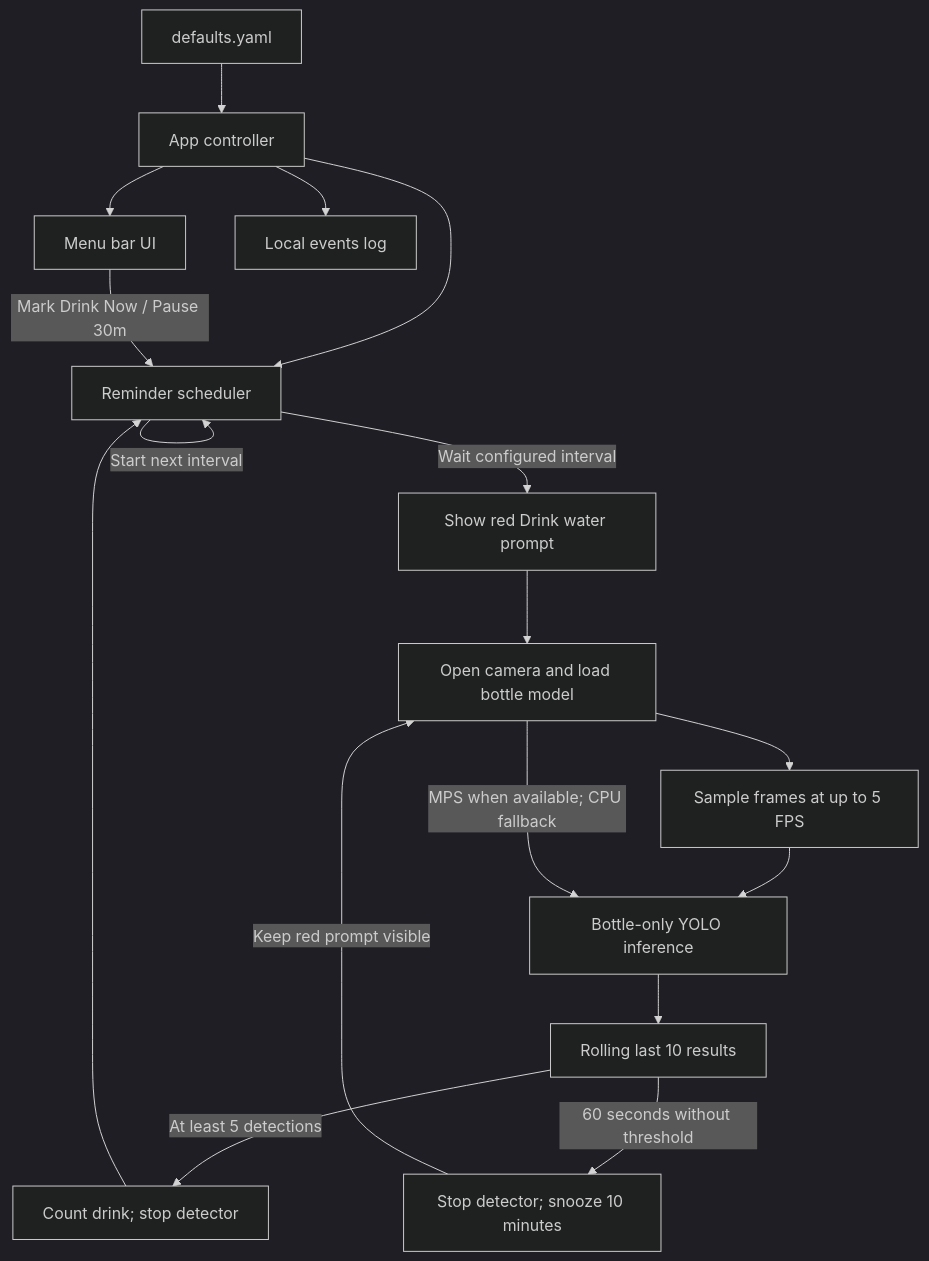
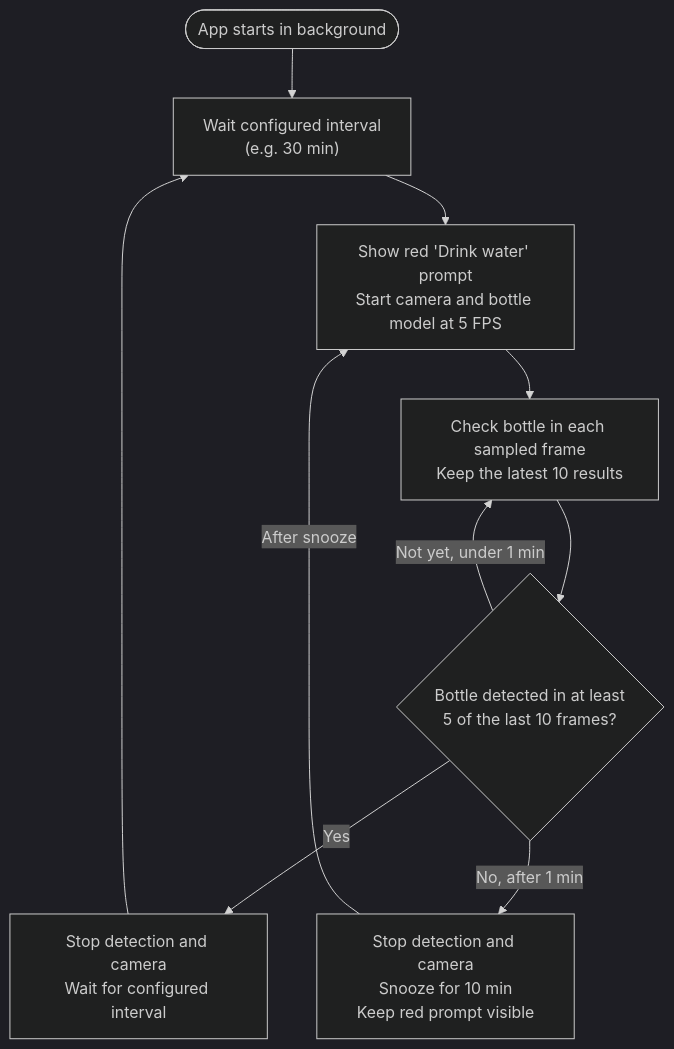
The diagram in README.md (prateek-mehra/jalLijiye), drawn with Mermaid (dark theme) before and after one commit. The commit also changed other lines of this file, not shown here.

Commit message:
Simplify HLD flow diagram

````diff
--- a/README.md
+++ b/README.md
@@ -18,19 +16,12 @@
 ```mermaid
 flowchart TD
-    Config["defaults.yaml"] --> Controller["App controller"]
-    Controller --> Menu["Menu bar UI"]
-    Controller --> Scheduler["Reminder scheduler"]
-    Scheduler -->|"Wait configured interval"| Prompt["Show red Drink water prompt"]
-    Prompt --> Detector["Open camera and load bottle model"]
-    Detector --> Frames["Sample frames at up to 5 FPS"]
-    Frames --> Bottle["Bottle-only YOLO inference"]
-    Bottle --> Window["Rolling last 10 results"]
-    Window -->|"At least 5 detections"| Success["Count drink; stop detector"]
-    Window -->|"60 seconds without threshold"| Snooze["Stop detector; snooze 10 minutes"]
-    Snooze -->|"Keep red prompt visible"| Detector
-    Success --> Scheduler
-    Scheduler -->|"Start next interval"| Scheduler
-    Menu -->|"Mark Drink Now / Pause 30m"| Scheduler
-    Detector -->|"MPS when available; CPU fallback"| Bottle
-    Controller --> Logs["Local events log"]
+    Start([App starts in background]) --> Wait["Wait configured interval<br/>(e.g. 30 min)"]
+    Wait --> Check["Show red 'Drink water' prompt<br/>Start camera and bottle model at 5 FPS"]
+    Check --> Sample["Check bottle in each sampled frame<br/>Keep the latest 10 results"]
+    Sample --> Decision{"Bottle detected in at least<br/>5 of the last 10 frames?"}
+    Decision -->|Yes| Success["Stop detection and camera<br/>Wait for configured interval"]
+    Success --> Wait
+    Decision -->|"Not yet, under 1 min"| Sample
+    Decision -->|"No, after 1 min"| Snooze["Stop detection and camera<br/>Snooze for 10 min<br/>Keep red prompt visible"]
+    Snooze -->|"After snooze"| Check
 ```
````
